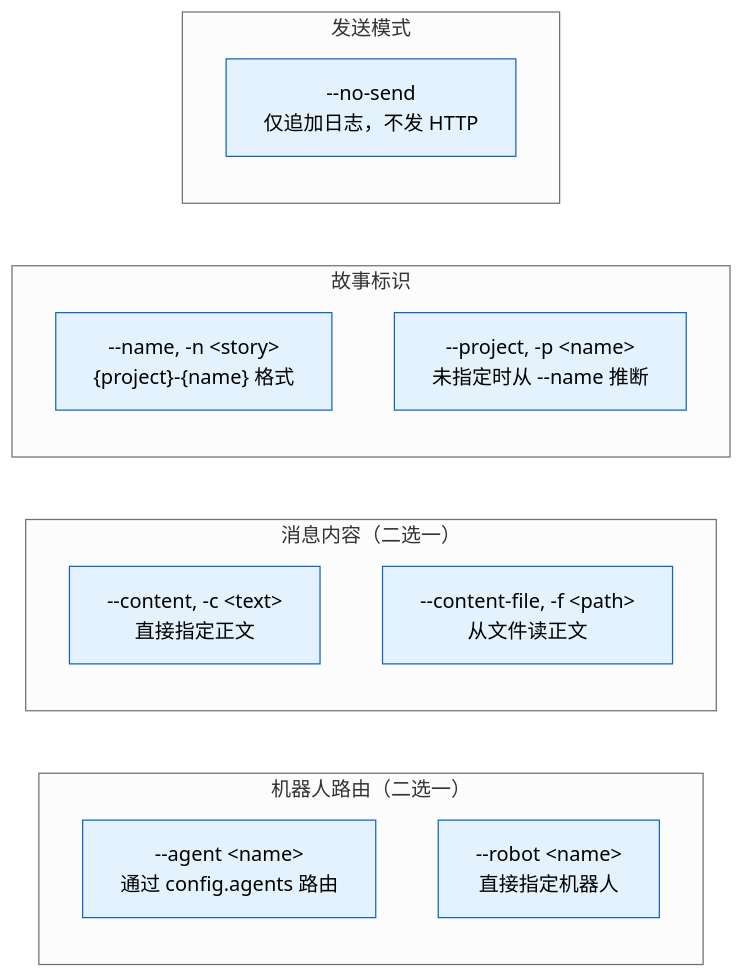
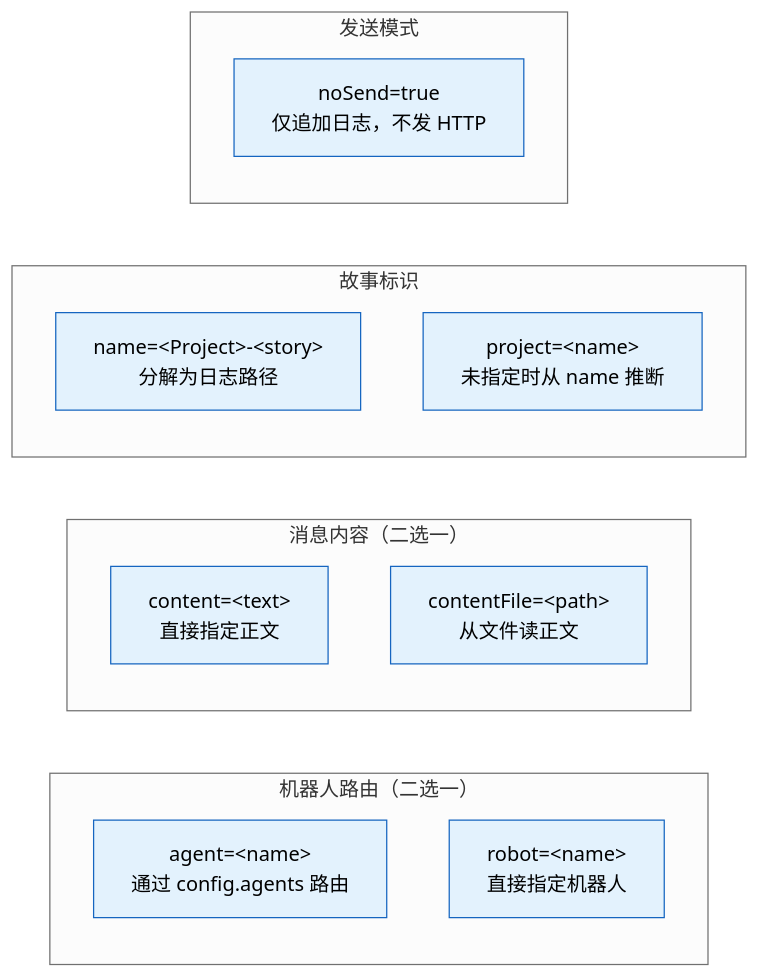
Before and after one commit to effiy/YrY: the second of 11 diagrams in skills/wework-bot/SKILL.md, drawn with Mermaid (neutral theme). The commit also changed other lines of this file and 14 other files, not shown here.

````diff
--- a/skills/wework-bot/SKILL.md
+++ b/skills/wework-bot/SKILL.md
@@ -38,20 +44,20 @@
 ```mermaid
 flowchart LR
     subgraph 路由["机器人路由（二选一）"]
-        AGENT["--agent &lt;name&gt;<br/>通过 config.agents 路由"]:::param
-        ROBOT["--robot &lt;name&gt;<br/>直接指定机器人"]:::param
+        AGENT["agent=&lt;name&gt;<br/>通过 config.agents 路由"]:::param
+        ROBOT["robot=&lt;name&gt;<br/>直接指定机器人"]:::param
     end
     subgraph 内容["消息内容（二选一）"]
-        TEXT["--content, -c &lt;text&gt;<br/>直接指定正文"]:::param
-        FILE["--content-file, -f &lt;path&gt;<br/>从文件读正文"]:::param
+        TEXT["content=&lt;text&gt;<br/>直接指定正文"]:::param
+        FILE["contentFile=&lt;path&gt;<br/>从文件读正文"]:::param
     end
     subgraph 标识["故事标识"]
-        NAME["--name, -n &lt;story&gt;<br/>{project}-{name} 格式"]:::param
-        PROJ["--project, -p &lt;name&gt;<br/>未指定时从 --name 推断"]:::param
+        NAME["name=&lt;Project&gt;-&lt;story&gt;<br/>分解为日志路径"]:::param
+        PROJ["project=&lt;name&gt;<br/>未指定时从 name 推断"]:::param
     end
     subgraph 模式["发送模式"]
-        NOSEND["--no-send<br/>仅追加日志，不发 HTTP"]:::param
+        NOSEND["noSend=true<br/>仅追加日志，不发 HTTP"]:::param
     end
 
     classDef param fill:#e3f2fd,stroke:#1565c0;
 ```
````
